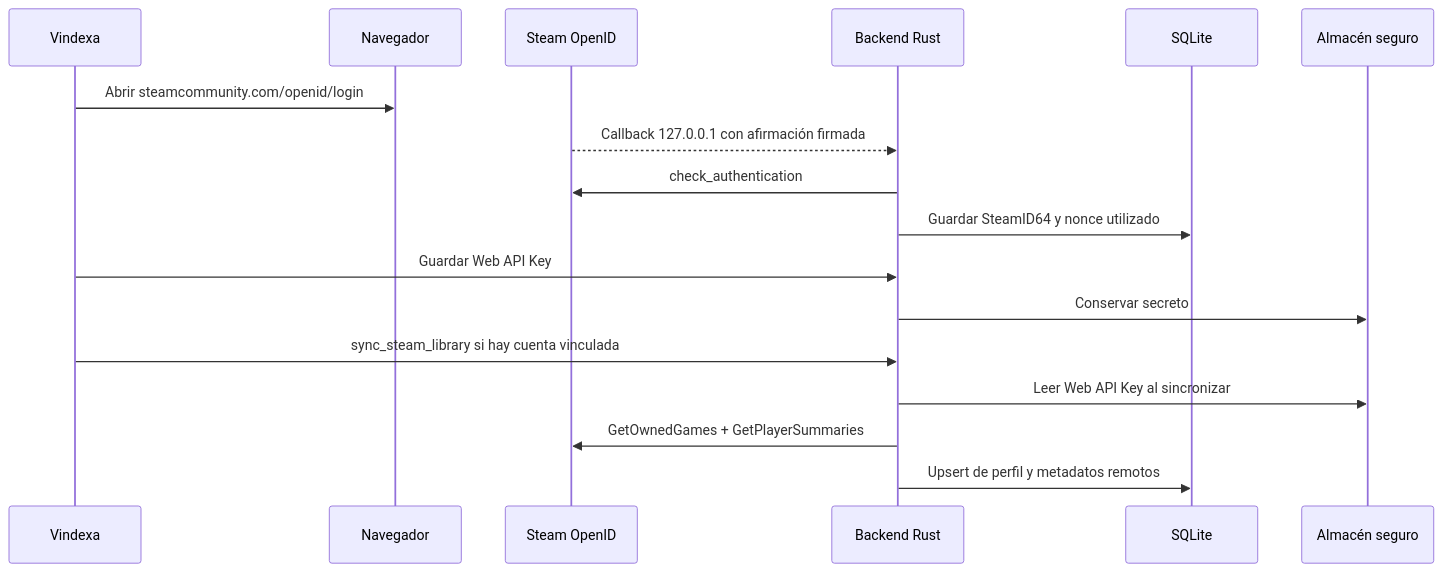
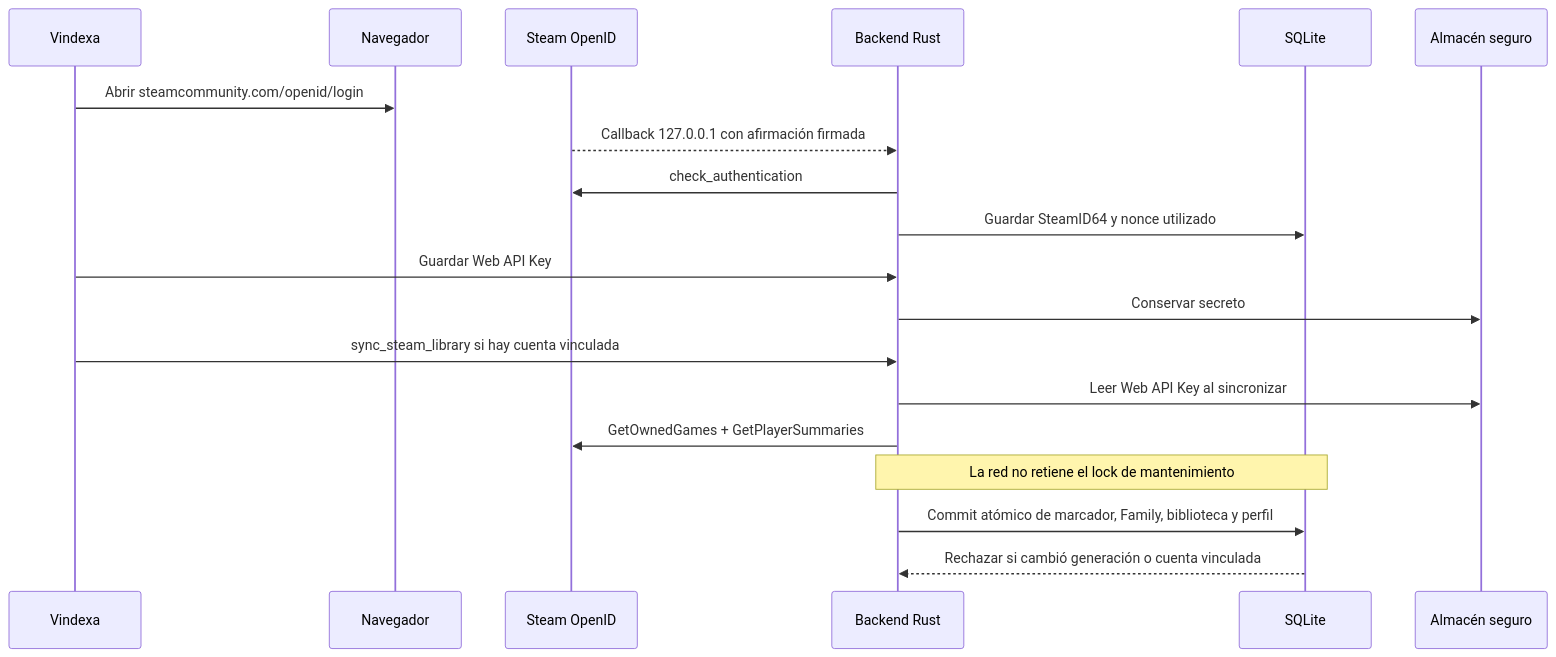
One commit to SwonDev/Vindexa changed the third of 4 diagrams in ARCHITECTURE.md. Above: the diagram before and after it, drawn with Mermaid. The commit also changed other lines of this file and 45 other files, not shown here.

````diff
--- a/ARCHITECTURE.md
+++ b/ARCHITECTURE.md
@@ -166,19 +166,21 @@
 ```mermaid
 sequenceDiagram
     participant UI as Vindexa
     participant B as Navegador
     participant S as Steam OpenID
     participant T as Backend Rust
     participant DB as SQLite
     participant K as Almacén seguro
     UI->>B: Abrir steamcommunity.com/openid/login
     S-->>T: Callback 127.0.0.1 con afirmación firmada
     T->>S: check_authentication
     T->>DB: Guardar SteamID64 y nonce utilizado
     UI->>T: Guardar Web API Key
     T->>K: Conservar secreto
     UI->>T: sync_steam_library si hay cuenta vinculada
     T->>K: Leer Web API Key al sincronizar
     T->>S: GetOwnedGames + GetPlayerSummaries
-    T->>DB: Upsert de perfil y metadatos remotos
+    Note over T,DB: La red no retiene el lock de mantenimiento
+    T->>DB: Commit atómico de marcador, Family, biblioteca y perfil
+    DB-->>T: Rechazar si cambió generación o cuenta vinculada
 ```
````
